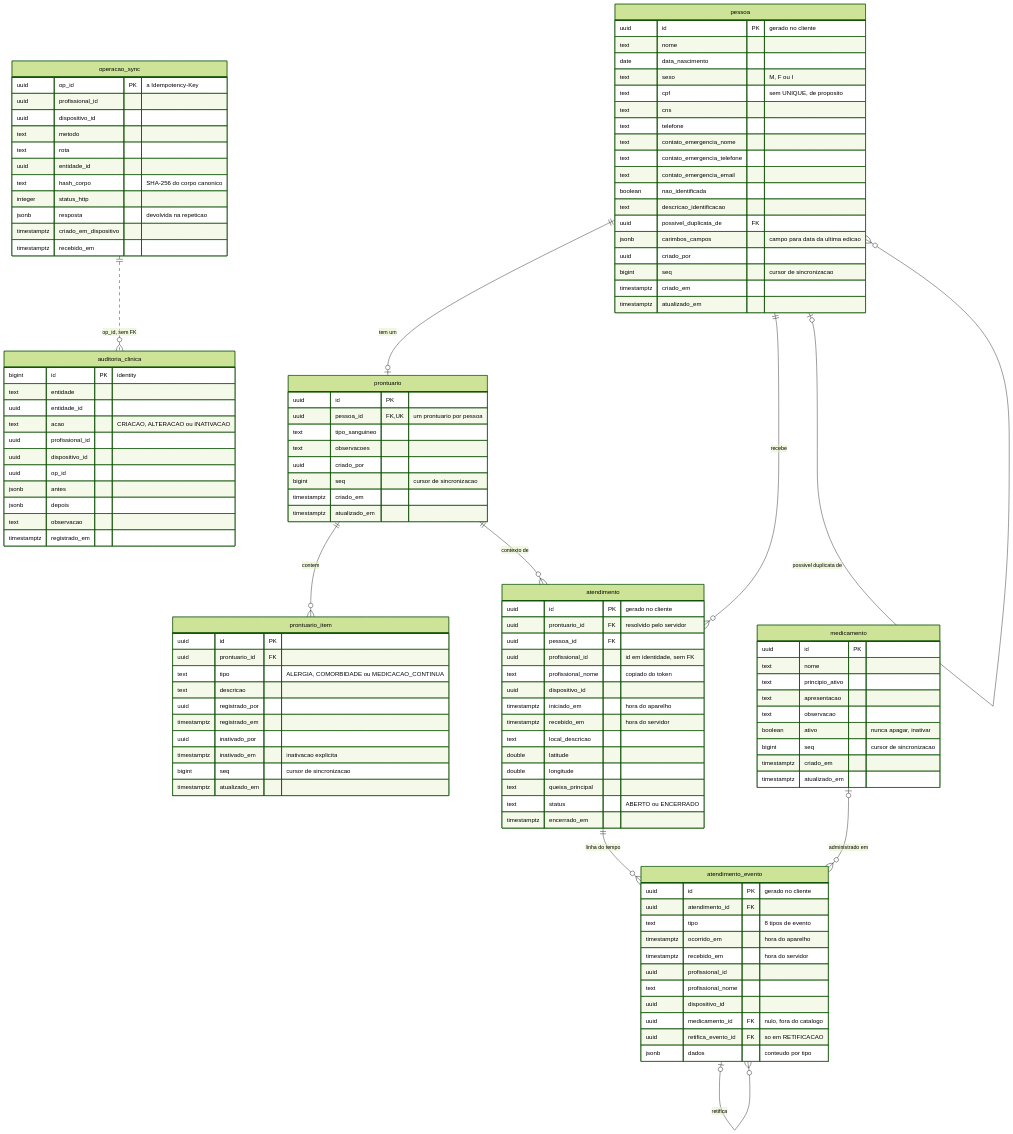
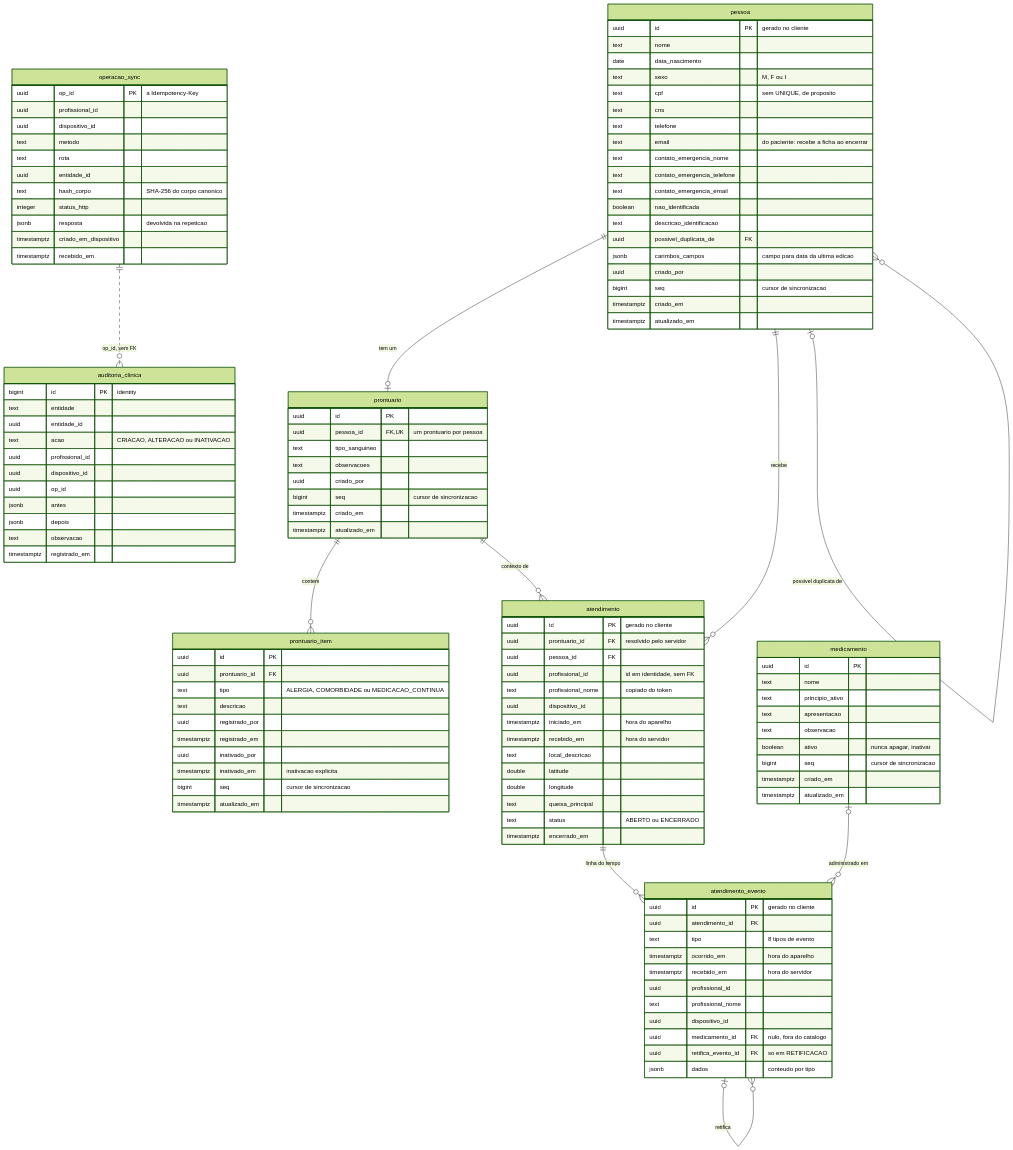
Before and after one commit to ArthurRostirolla/MedicalField: the second of 5 diagrams in docs/dados/modelagem.md, drawn with Mermaid (forest theme). The commit also changed other lines of this file and 19 other files, not shown here.

```diff
--- a/docs/dados/modelagem.md
+++ b/docs/dados/modelagem.md
@@ -135,6 +135,7 @@
     text cpf "sem UNIQUE, de proposito"
     text cns
     text telefone
+    text email "do paciente: recebe a ficha ao encerrar"
     text contato_emergencia_nome
     text contato_emergencia_telefone
     text contato_emergencia_email
```
